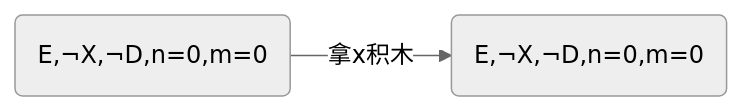
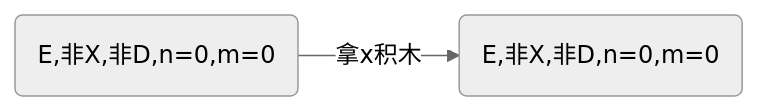
Before and after one commit to Tridu33/ZERO-Starting-AI-Planning-in-PDDL-Descripted-World: the fourth of 29 diagrams in docs/SolversBaseOnPDDL/GP_Numerical/图法QNP.md, drawn with Mermaid (neutral theme). The commit also changed other lines of this file and 25 other files, not shown here.

````diff
--- a/docs/SolversBaseOnPDDL/GP_Numerical/图法QNP.md
+++ b/docs/SolversBaseOnPDDL/GP_Numerical/图法QNP.md
@@ -158,4 +158,4 @@
 ```mermaid
 graph LR;
-　　S19(E,&notX,&notD,n=0,m=0) -->|拿x积木| S11(E,&notX,&notD,n=0,m=0);
+　　S19(E,非X,非D,n=0,m=0) -->|拿x积木| S11(E,非X,非D,n=0,m=0);
 ```
````
